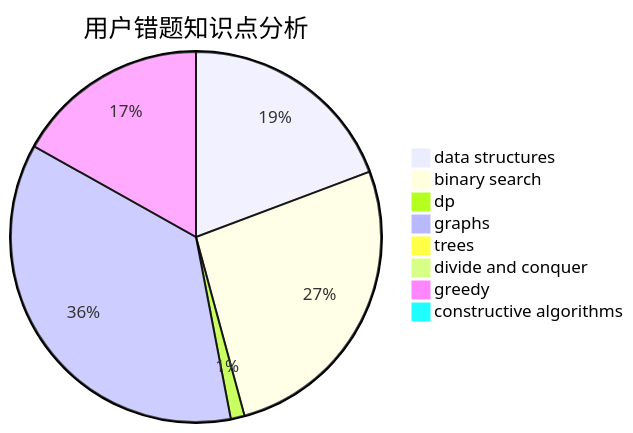
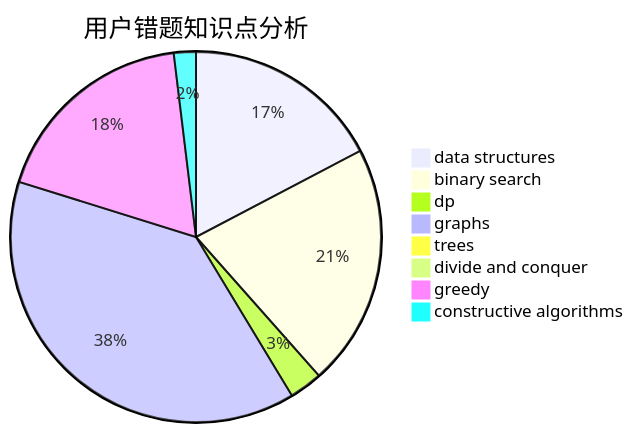
Before and after one commit to sherpahu/cfrs.github.io: the third of 3 diagrams in docs/user/u1324.md, drawn with Mermaid. The commit also changed other lines of this file and 2770 other files, not shown here.

````diff
--- a/docs/user/u1324.md
+++ b/docs/user/u1324.md
@@ -36,11 +36,11 @@
 ```mermaid
 pie title 用户错题知识点分析
-    "data structures" :  16
+    "data structures" :  18
     "binary search" :  22
-    "dp" :  1
-    "graphs" :  30
+    "dp" :  3
+    "graphs" :  40
     "trees" :  0
     "divide and conquer" :  0
-    "greedy" :  14
-    "constructive algorithms" :  0
+    "greedy" :  19
+    "constructive algorithms" :  2
 ```
````
